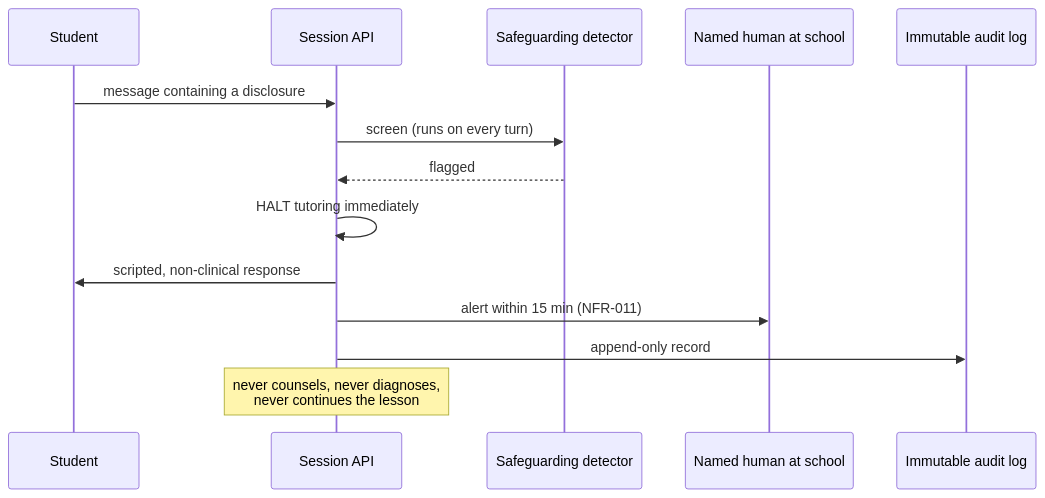
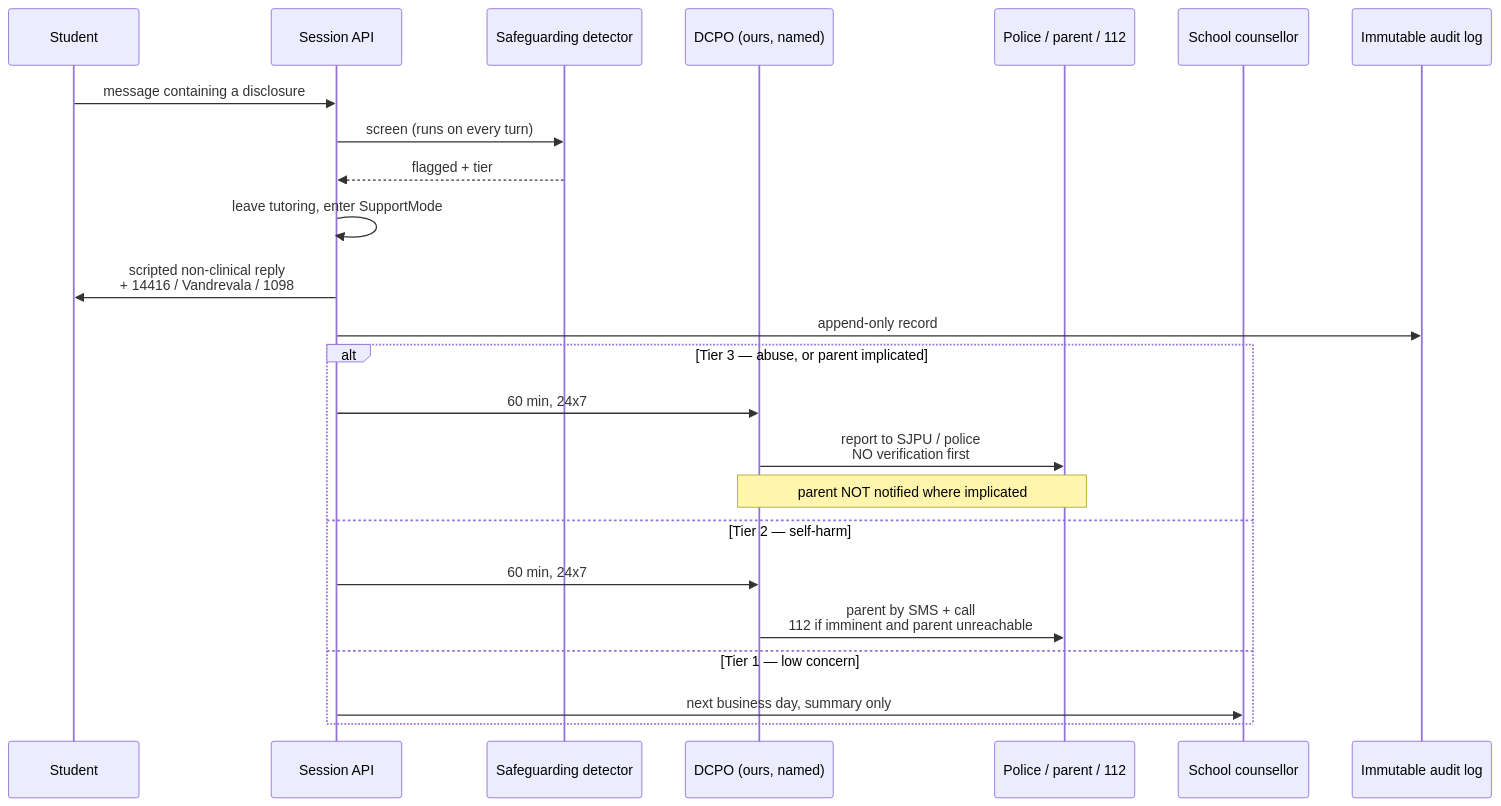
One commit to Jai3405/TrueLearn changed the seventh of 7 diagrams in docs/04-design/00-hld.md. Above: the diagram before and after it, drawn with Mermaid. The commit also changed other lines of this file and 6 other files, not shown here.

````diff
--- a/docs/04-design/00-hld.md
+++ b/docs/04-design/00-hld.md
@@ -255,17 +259,27 @@
 ```mermaid
 sequenceDiagram
     participant S as Student
     participant API as Session API
     participant D as Safeguarding detector
-    participant H as Named human at school
+    participant DCPO as DCPO (ours, named)
+    participant EXT as Police / parent / 112
+    participant SCH as School counsellor
     participant AUD as Immutable audit log
 
     S->>API: message containing a disclosure
     API->>D: screen (runs on every turn)
-    D-->>API: flagged
-    API->>API: HALT tutoring immediately
-    API->>S: scripted, non-clinical response
-    API->>H: alert within 15 min (NFR-011)
+    D-->>API: flagged + tier
+    API->>API: leave tutoring, enter SupportMode
+    API->>S: scripted non-clinical reply<br/>+ 14416 / Vandrevala / 1098
     API->>AUD: append-only record
-    Note over API: never counsels, never diagnoses,<br/>never continues the lesson
+    alt Tier 3 — abuse, or parent implicated
+        API->>DCPO: 60 min, 24x7
+        DCPO->>EXT: report to SJPU / police<br/>NO verification first
+        Note over DCPO,EXT: parent NOT notified where implicated
+    else Tier 2 — self-harm
+        API->>DCPO: 60 min, 24x7
+        DCPO->>EXT: parent by SMS + call<br/>112 if imminent and parent unreachable
+    else Tier 1 — low concern
+        API->>SCH: next business day, summary only
+    end
 ```
````
